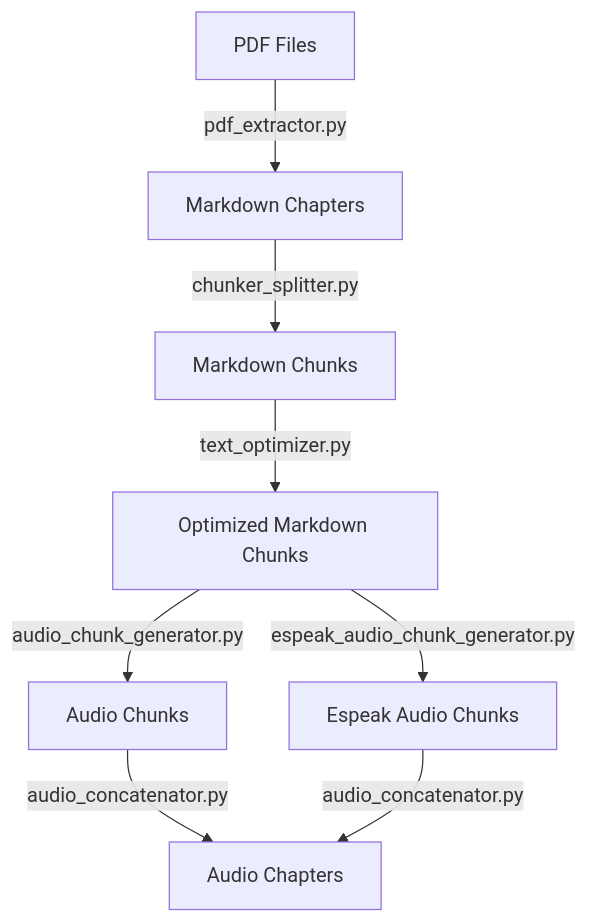
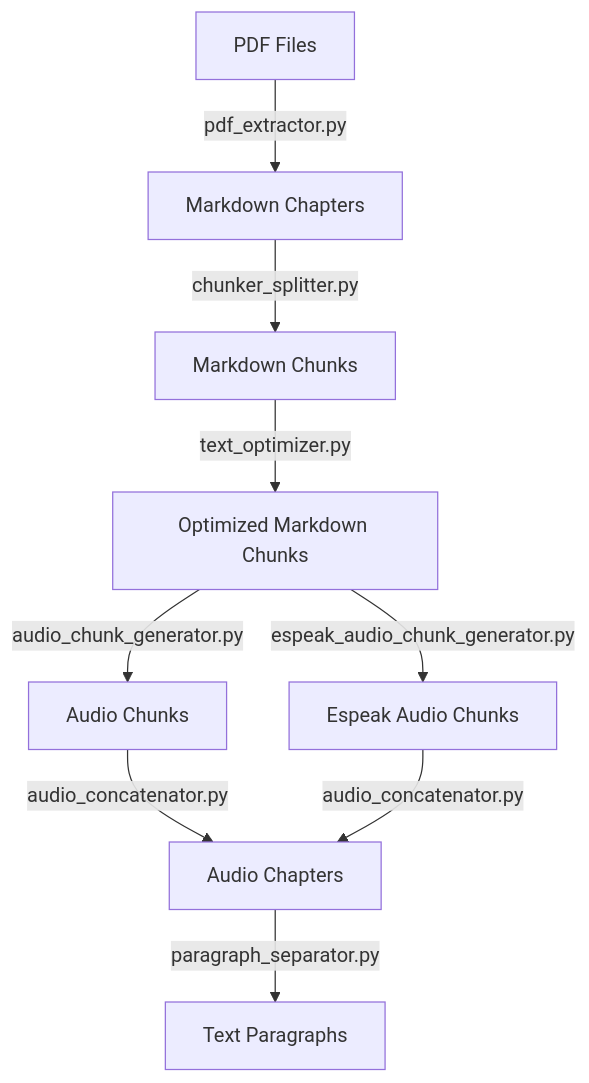
The diagram in README.md (sparesparrow/human-action), drawn with Mermaid before and after one commit. The commit also changed other lines of this file and 5786 other files, not shown here.

Commit message:
Implement unified pipeline architecture with centralized configuration and CLI

````diff
--- a/README.md
+++ b/README.md
@@ -63,10 +116,11 @@
 ```mermaid
 graph TD
     A[PDF Files] -->|pdf_extractor.py| B[Markdown Chapters]
     B -->|chunker_splitter.py| C[Markdown Chunks]
     C -->|text_optimizer.py| D[Optimized Markdown Chunks]
     D -->|audio_chunk_generator.py| E[Audio Chunks]
     D -->|espeak_audio_chunk_generator.py| E2[Espeak Audio Chunks]
     E -->|audio_concatenator.py| F[Audio Chapters]
     E2 -->|audio_concatenator.py| F
+    F -->|paragraph_separator.py| G[Text Paragraphs]
 ```
````
